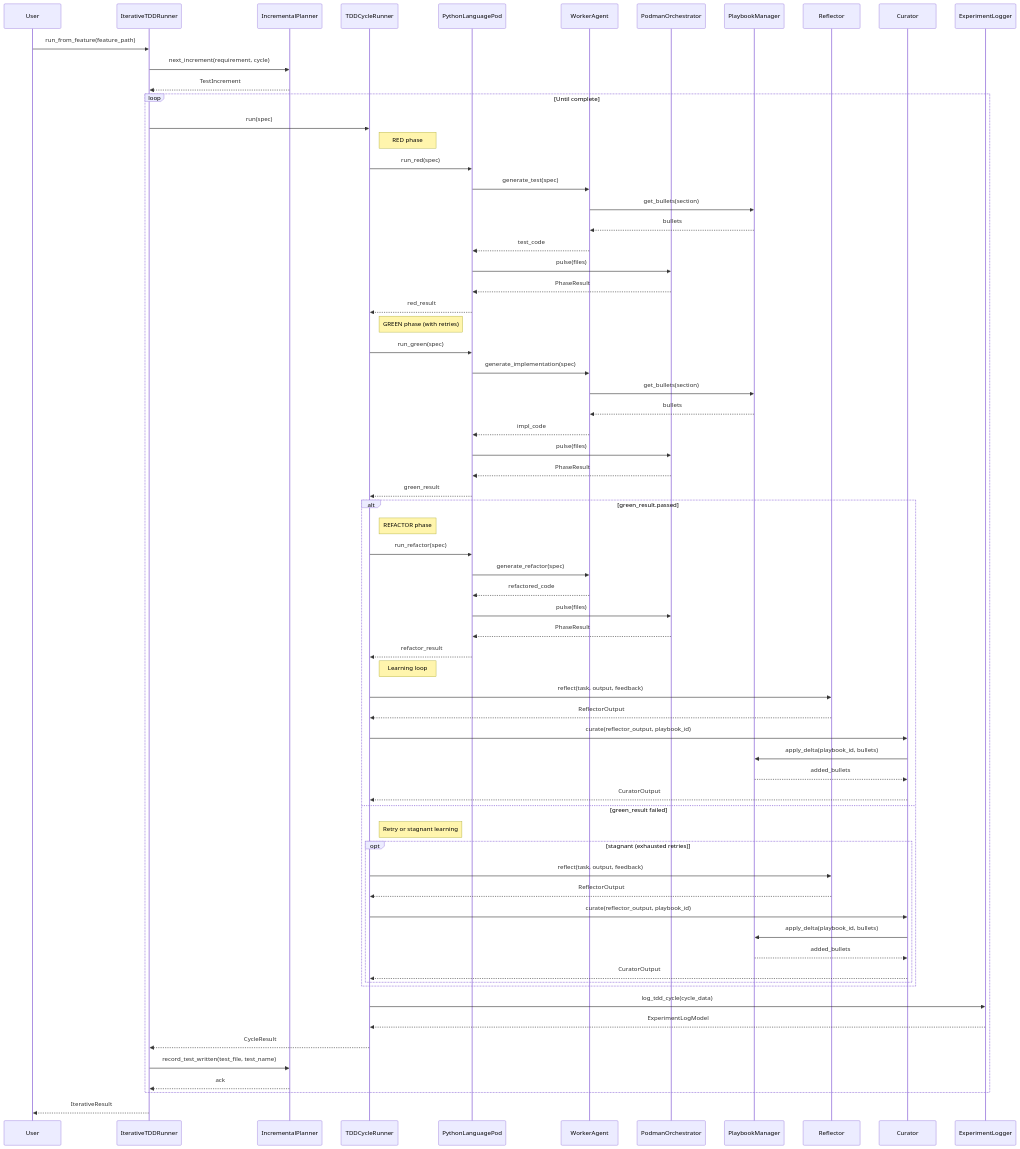
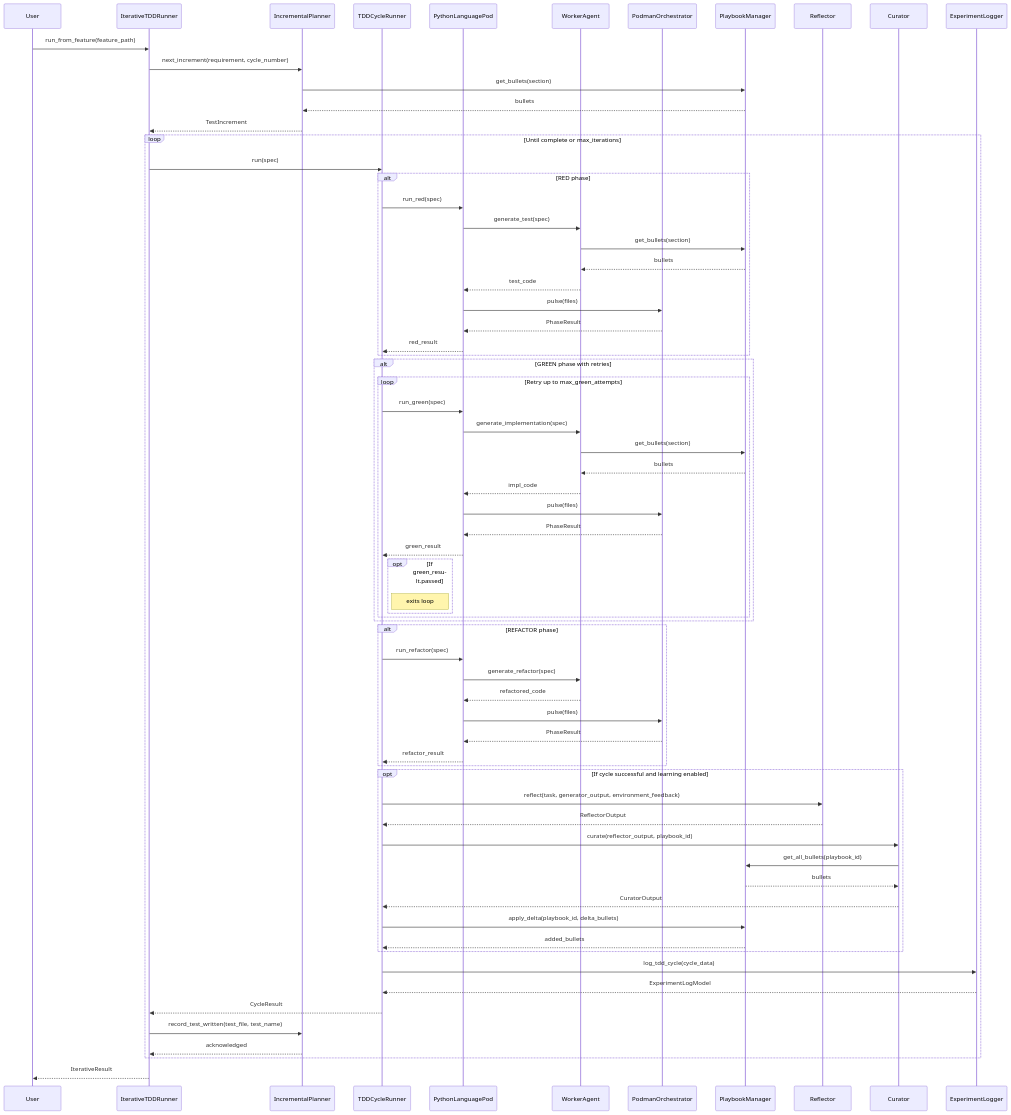
One commit to carlhuxley/ace_enterprise changed the diagram in docs/SYSTEM_ARCHITECTURE.md. Above: the diagram before and after it, drawn with Mermaid. The commit also changed other lines of this file and 5 other files, not shown here.

First line of the commit message:
Dashboard: show current cycle number and accurate sandbox state

````diff
--- a/docs/SYSTEM_ARCHITECTURE.md
+++ b/docs/SYSTEM_ARCHITECTURE.md
@@ -45,79 +36,80 @@
 ```mermaid
 sequenceDiagram
     participant User
-    participant IterativeTDDRunner
-    participant IncrementalPlanner
-    participant TDDCycleRunner
-    participant PythonLanguagePod
-    participant WorkerAgent
-    participant PodmanOrchestrator
-    participant PlaybookManager
-    participant Reflector
-    participant Curator
-    participant ExperimentLogger
+    participant IterativeTDDRunner as IterativeTDDRunner
+    participant IncrementalPlanner as IncrementalPlanner
+    participant TDDCycleRunner as TDDCycleRunner
+    participant PythonLanguagePod as PythonLanguagePod
+    participant WorkerAgent as WorkerAgent
+    participant PodmanOrchestrator as PodmanOrchestrator
+    participant PlaybookManager as PlaybookManager
+    participant Reflector as Reflector
+    participant Curator as Curator
+    participant ExperimentLogger as ExperimentLogger
 
     User->>IterativeTDDRunner: run_from_feature(feature_path)
-    IterativeTDDRunner->>IncrementalPlanner: next_increment(requirement, cycle)
+    IterativeTDDRunner->>IncrementalPlanner: next_increment(requirement, cycle_number)
+    IncrementalPlanner->>PlaybookManager: get_bullets(section)
+    PlaybookManager-->>IncrementalPlanner: bullets
     IncrementalPlanner-->>IterativeTDDRunner: TestIncrement
-    
-    loop Until complete
+
+    loop Until complete or max_iterations
         IterativeTDDRunner->>TDDCycleRunner: run(spec)
         
-        Note right of TDDCycleRunner: RED phase
-        TDDCycleRunner->>PythonLanguagePod: run_red(spec)
-        PythonLanguagePod->>WorkerAgent: generate_test(spec)
-        WorkerAgent->>PlaybookManager: get_bullets(section)
-        PlaybookManager-->>WorkerAgent: bullets
-        WorkerAgent-->>PythonLanguagePod: test_code
-        PythonLanguagePod->>PodmanOrchestrator: pulse(files)
-        PodmanOrchestrator-->>PythonLanguagePod: PhaseResult
-        PythonLanguagePod-->>TDDCycleRunner: red_result
-        
-        Note right of TDDCycleRunner: GREEN phase (with retries)
-        TDDCycleRunner->>PythonLanguagePod: run_green(spec)
-        PythonLanguagePod->>WorkerAgent: generate_implementation(spec)
-        WorkerAgent->>PlaybookManager: get_bullets(section)
-        PlaybookManager-->>WorkerAgent: bullets
-        WorkerAgent-->>PythonLanguagePod: impl_code
-        PythonLanguagePod->>PodmanOrchestrator: pulse(files)
-        PodmanOrchestrator-->>PythonLanguagePod: PhaseResult
-        PythonLanguagePod-->>TDDCycleRunner: green_result
-        
-        alt green_result.passed
-            Note right of TDDCycleRunner: REFACTOR phase
+        alt RED phase
+            TDDCycleRunner->>PythonLanguagePod: run_red(spec)
+            PythonLanguagePod->>WorkerAgent: generate_test(spec)
+            WorkerAgent->>PlaybookManager: get_bullets(section)
+            PlaybookManager-->>WorkerAgent: bullets
+            WorkerAgent-->>PythonLanguagePod: test_code
+            PythonLanguagePod->>PodmanOrchestrator: pulse(files)
+            PodmanOrchestrator-->>PythonLanguagePod: PhaseResult
+            PythonLanguagePod-->>TDDCycleRunner: red_result
+        end
+
+        alt GREEN phase with retries
+            loop Retry up to max_green_attempts
+                TDDCycleRunner->>PythonLanguagePod: run_green(spec)
+                PythonLanguagePod->>WorkerAgent: generate_implementation(spec)
+                WorkerAgent->>PlaybookManager: get_bullets(section)
+                PlaybookManager-->>WorkerAgent: bullets
+                WorkerAgent-->>PythonLanguagePod: impl_code
+                PythonLanguagePod->>PodmanOrchestrator: pulse(files)
+                PodmanOrchestrator-->>PythonLanguagePod: PhaseResult
+                PythonLanguagePod-->>TDDCycleRunner: green_result
+                opt If green_result.passed
+                    Note right of TDDCycleRunner: exits loop
+                end
+            end
+        end
+
+        alt REFACTOR phase
             TDDCycleRunner->>PythonLanguagePod: run_refactor(spec)
             PythonLanguagePod->>WorkerAgent: generate_refactor(spec)
             WorkerAgent-->>PythonLanguagePod: refactored_code
             PythonLanguagePod->>PodmanOrchestrator: pulse(files)
             PodmanOrchestrator-->>PythonLanguagePod: PhaseResult
             PythonLanguagePod-->>TDDCycleRunner: refactor_result
-            
-            Note right of TDDCycleRunner: Learning loop
-            TDDCycleRunner->>Reflector: reflect(task, output, feedback)
+        end
+
+        opt If cycle successful and learning enabled
+            TDDCycleRunner->>Reflector: reflect(task, generator_output, environment_feedback)
             Reflector-->>TDDCycleRunner: ReflectorOutput
             TDDCycleRunner->>Curator: curate(reflector_output, playbook_id)
-            Curator->>PlaybookManager: apply_delta(playbook_id, bullets)
-            PlaybookManager-->>Curator: added_bullets
+            Curator->>PlaybookManager: get_all_bullets(playbook_id)
+            PlaybookManager-->>Curator: bullets
             Curator-->>TDDCycleRunner: CuratorOutput
-        else green_result failed
-            Note right of TDDCycleRunner: Retry or stagnant learning
-            opt stagnant (exhausted retries)
-                TDDCycleRunner->>Reflector: reflect(task, output, feedback)
-                Reflector-->>TDDCycleRunner: ReflectorOutput
-                TDDCycleRunner->>Curator: curate(reflector_output, playbook_id)
-                Curator->>PlaybookManager: apply_delta(playbook_id, bullets)
-                PlaybookManager-->>Curator: added_bullets
-                Curator-->>TDDCycleRunner: CuratorOutput
-            end
+            TDDCycleRunner->>PlaybookManager: apply_delta(playbook_id, delta_bullets)
+            PlaybookManager-->>TDDCycleRunner: added_bullets
         end
-        
+
         TDDCycleRunner->>ExperimentLogger: log_tdd_cycle(cycle_data)
         ExperimentLogger-->>TDDCycleRunner: ExperimentLogModel
         TDDCycleRunner-->>IterativeTDDRunner: CycleResult
-        
+
         IterativeTDDRunner->>IncrementalPlanner: record_test_written(test_file, test_name)
-        IncrementalPlanner-->>IterativeTDDRunner: ack
+        IncrementalPlanner-->>IterativeTDDRunner: acknowledged
     end
-    
+
     IterativeTDDRunner-->>User: IterativeResult
 ```
````
